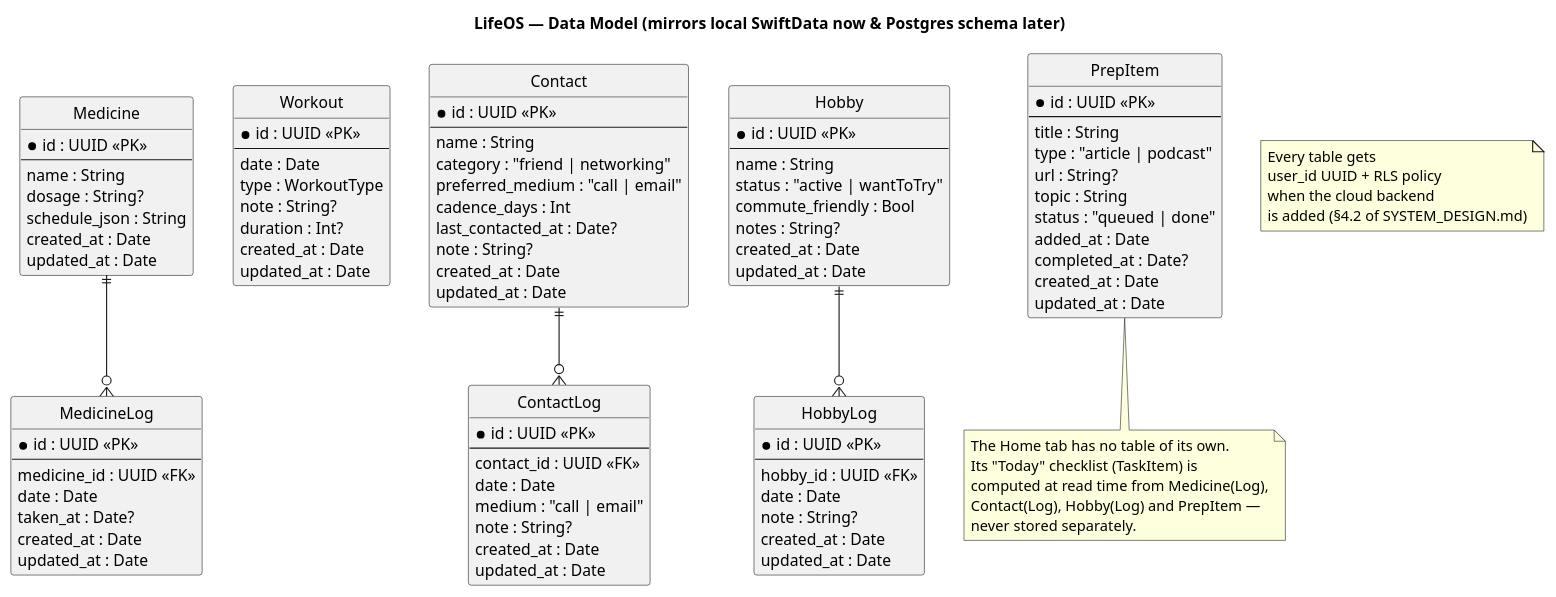
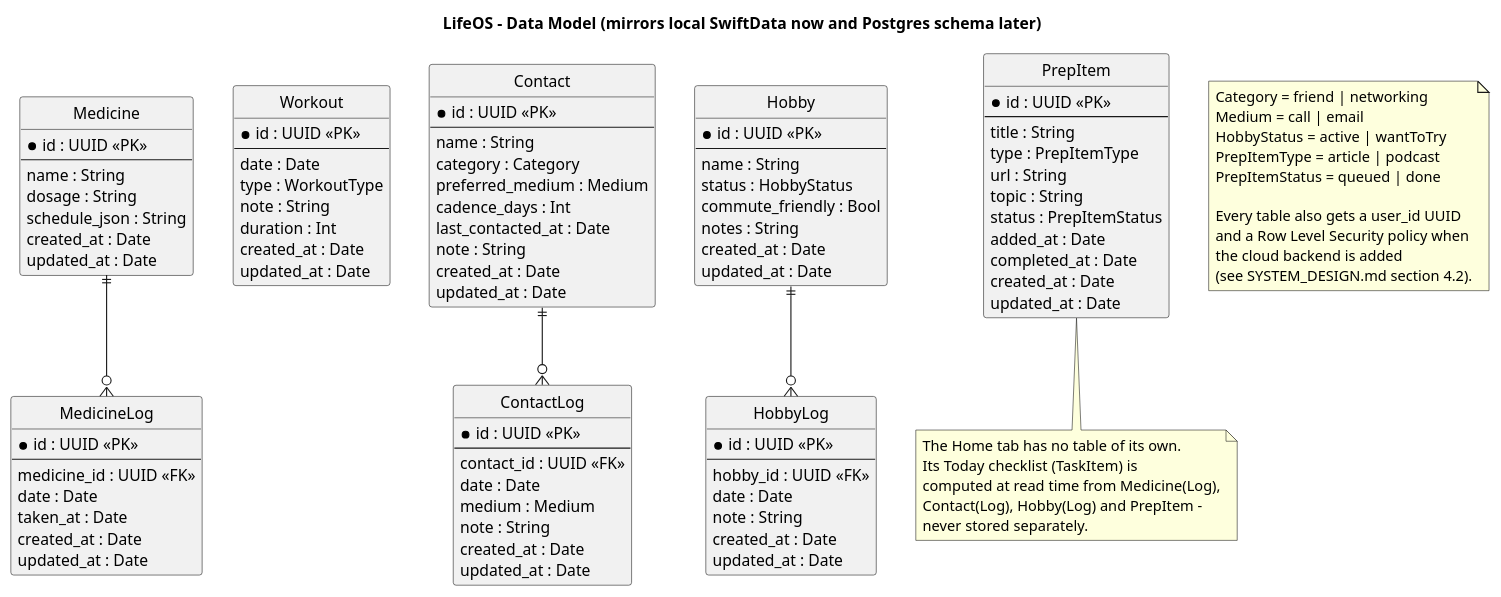
One commit to riasaxena/LifeOS changed the second of 4 diagrams in docs/HLD.md. Above: the diagram before and after it, drawn with PlantUML. The commit also changed other lines of this file, not shown here.

Commit message:
Embed rendered diagram images in HLD.md via PlantUML server URLs, so GitHub shows them inline

````diff
--- a/docs/HLD.md
+++ b/docs/HLD.md
@@ -135,6 +150,6 @@
 ```plantuml
 @startuml data-model-erd
-title LifeOS — Data Model (mirrors local SwiftData now & Postgres schema later)
+title LifeOS - Data Model (mirrors local SwiftData now and Postgres schema later)
 
 hide circle
 skinparam linetype ortho
@@ -143,7 +158,7 @@
   * id : UUID <<PK>>
   --
   name : String
-  dosage : String?
+  dosage : String
   schedule_json : String
   created_at : Date
   updated_at : Date
@@ -154,7 +169,7 @@
   --
   medicine_id : UUID <<FK>>
   date : Date
-  taken_at : Date?
+  taken_at : Date
   created_at : Date
   updated_at : Date
 }
@@ -164,8 +179,8 @@
   --
   date : Date
   type : WorkoutType
-  note : String?
-  duration : Int?
+  note : String
+  duration : Int
   created_at : Date
   updated_at : Date
 }
@@ -174,11 +189,11 @@
   * id : UUID <<PK>>
   --
   name : String
-  category : "friend | networking"
-  preferred_medium : "call | email"
+  category : Category
+  preferred_medium : Medium
   cadence_days : Int
-  last_contacted_at : Date?
-  note : String?
+  last_contacted_at : Date
+  note : String
   created_at : Date
   updated_at : Date
 }
@@ -188,8 +203,8 @@
   --
   contact_id : UUID <<FK>>
   date : Date
-  medium : "call | email"
-  note : String?
+  medium : Medium
+  note : String
   created_at : Date
   updated_at : Date
 }
@@ -198,9 +213,9 @@
   * id : UUID <<PK>>
   --
   name : String
-  status : "active | wantToTry"
+  status : HobbyStatus
   commute_friendly : Bool
-  notes : String?
+  notes : String
   created_at : Date
   updated_at : Date
 }
@@ -210,7 +225,7 @@
   --
   hobby_id : UUID <<FK>>
   date : Date
-  note : String?
+  note : String
   created_at : Date
   updated_at : Date
 }
@@ -219,12 +234,12 @@
   * id : UUID <<PK>>
   --
   title : String
-  type : "article | podcast"
-  url : String?
+  type : PrepItemType
+  url : String
   topic : String
-  status : "queued | done"
+  status : PrepItemStatus
   added_at : Date
-  completed_at : Date?
+  completed_at : Date
   created_at : Date
   updated_at : Date
 }
@@ -235,13 +250,24 @@
 
 note bottom of PrepItem
   The Home tab has no table of its own.
-  Its "Today" checklist (TaskItem) is
+  Its Today checklist (TaskItem) is
   computed at read time from Medicine(Log),
-  Contact(Log), Hobby(Log) and PrepItem —
+  Contact(Log), Hobby(Log) and PrepItem -
   never stored separately.
 end note
 
-note "Every table gets\nuser_id UUID + RLS policy\nwhen the cloud backend\nis added (§4.2 of SYSTEM_DESIGN.md)" as N1
+note as EnumsNote
+  Category = friend | networking
+  Medium = call | email
+  HobbyStatus = active | wantToTry
+  PrepItemType = article | podcast
+  PrepItemStatus = queued | done
+
+  Every table also gets a user_id UUID
+  and a Row Level Security policy when
+  the cloud backend is added
+  (see SYSTEM_DESIGN.md section 4.2).
+end note
 
 @enduml
 ```
````
